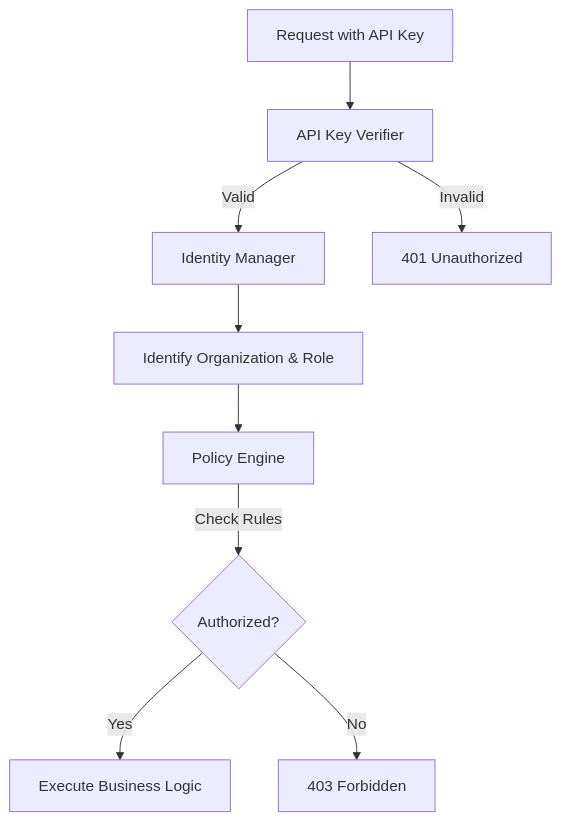
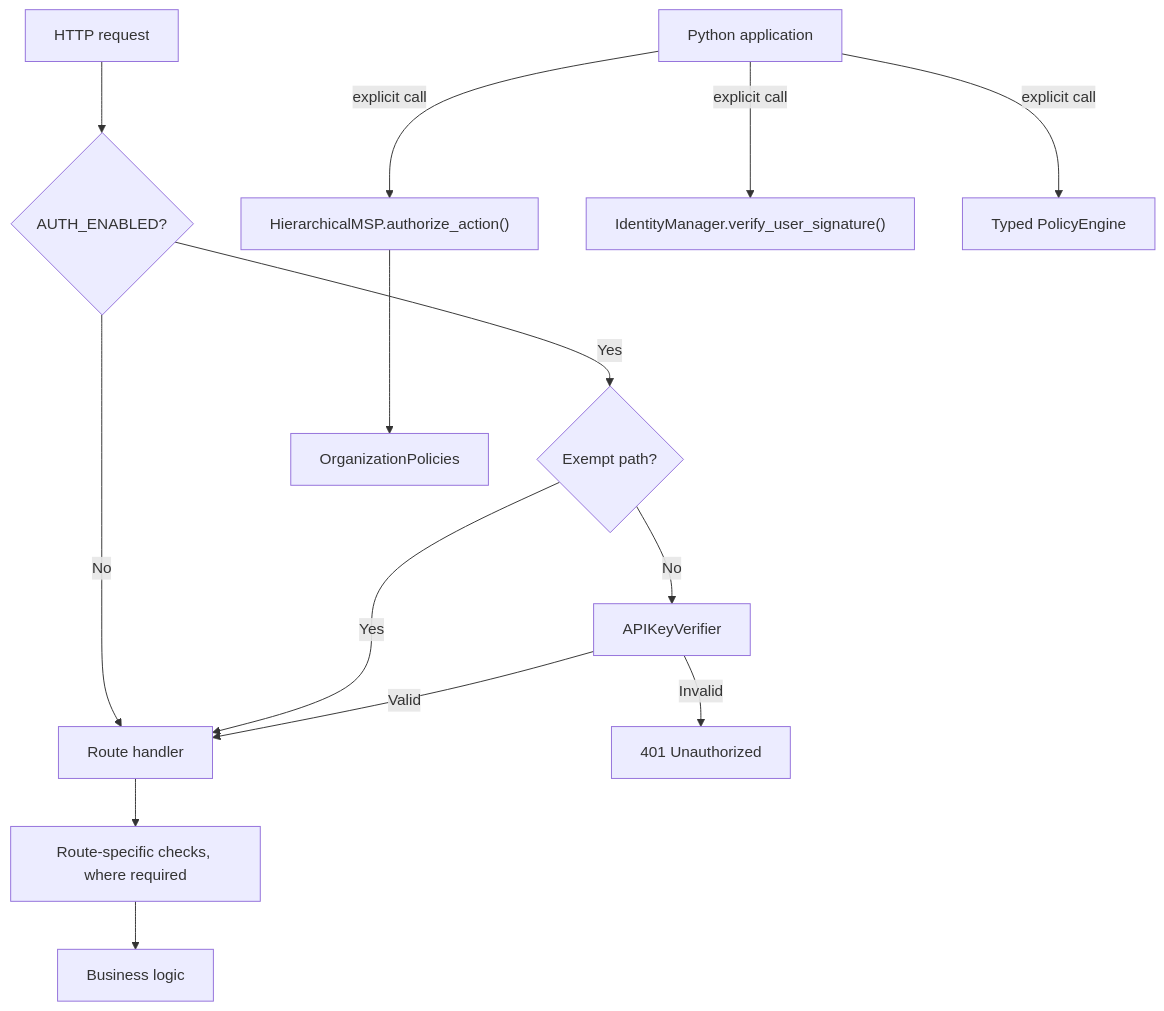
One commit to VanDung-dev/HieraChain changed the diagram in docs/en/security/authorization-access-control.md. Above: the diagram before and after it, drawn with Mermaid. The commit also changed other lines of this file and 158 other files, not shown here.

````diff
--- a/docs/en/security/authorization-access-control.md
+++ b/docs/en/security/authorization-access-control.md
@@ -60,11 +60,16 @@
 ```mermaid
 graph TD
-    A[Request with API Key] --> B[API Key Verifier]
-    B -- Valid --> C[Identity Manager]
-    C --> D[Identify Organization & Role]
-    D --> E[Policy Engine]
-    E -- Check Rules --> F{Authorized?}
-    F -- Yes --> G[Execute Business Logic]
-    F -- No --> H[403 Forbidden]
-    B -- Invalid --> I[401 Unauthorized]
+    Request[HTTP request] --> Auth{AUTH_ENABLED?}
+    Auth -- No --> Route[Route handler]
+    Auth -- Yes --> Exempt{Exempt path?}
+    Exempt -- Yes --> Route
+    Exempt -- No --> Verify[APIKeyVerifier]
+    Verify -- Invalid --> Error401[401 Unauthorized]
+    Verify -- Valid --> Route
+    Route --> Permission[Route-specific checks, where required]
+    Permission --> Business[Business logic]
+    PythonApp[Python application] -->|explicit call| MSP["HierarchicalMSP.authorize_action()"]
+    MSP --> OrgPolicies[OrganizationPolicies]
+    PythonApp -->|explicit call| Signature["IdentityManager.verify_user_signature()"]
+    PythonApp -->|explicit call| Policy[Typed PolicyEngine]
 ```
````
